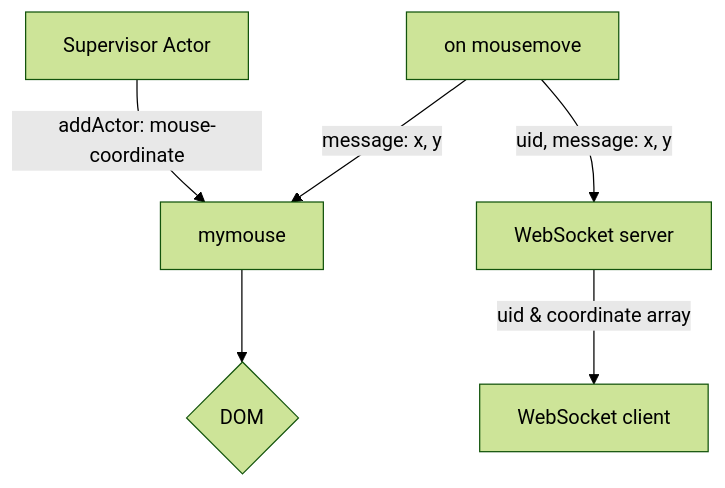
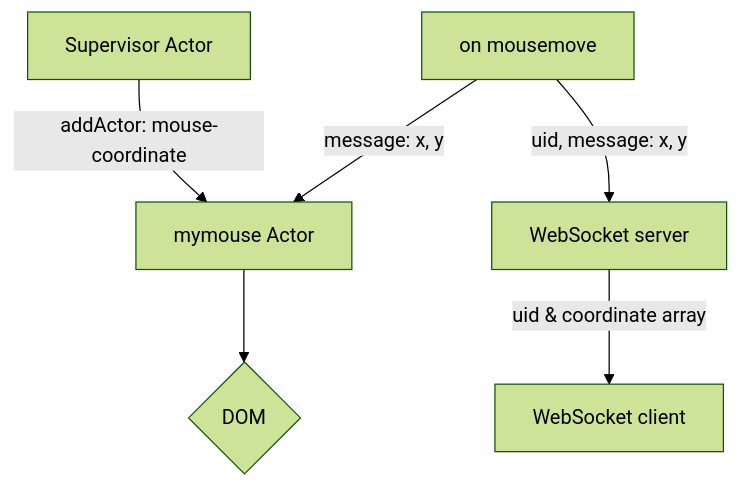
The diagram in README.md (TarunTheo13/multiple_cursors_challenge), drawn with Mermaid (forest theme) before and after one commit. The commit also changed 2 other files, not shown here.

Commit message:
generalising mouseactor creation and modification

````diff
--- a/README.md
+++ b/README.md
@@ -32,9 +32,9 @@
 ```mermaid
 graph TD
-    U[Supervisor Actor] -->|addActor: mouse-coordinate| M[mymouse]
+    U[Supervisor Actor] -->|addActor: mouse-coordinate| M[mymouse Actor]
     W[WebSocket client]
     O[on mousemove] -->|message: x, y| M
     S[WebSocket server] -->|uid & coordinate array| W
     O  -->|uid, message: x, y| S
     M --> D{DOM}
 ```
````
